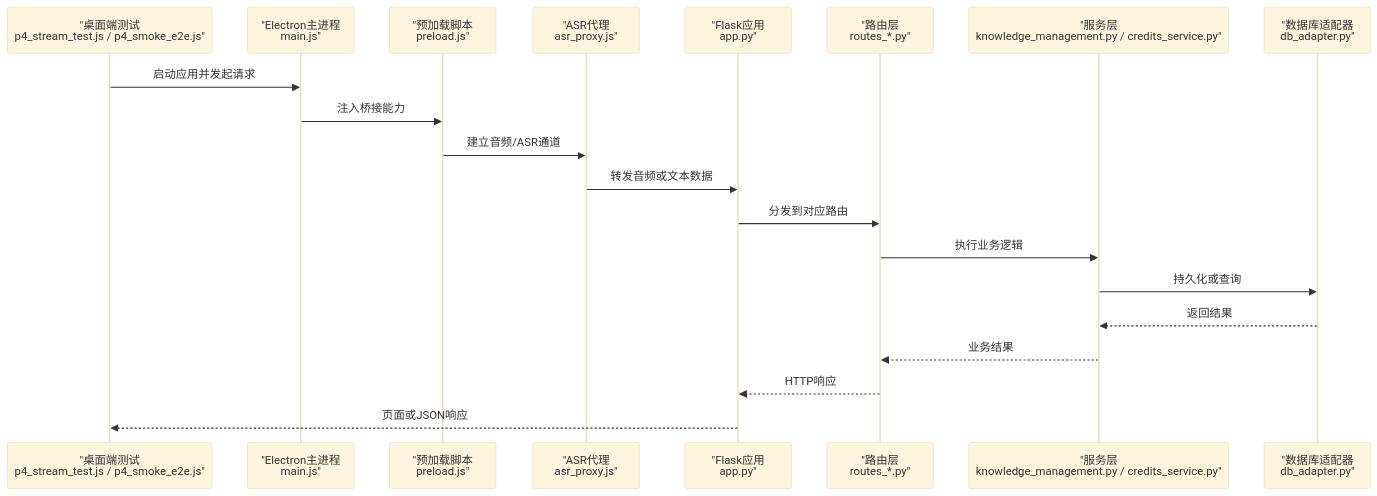
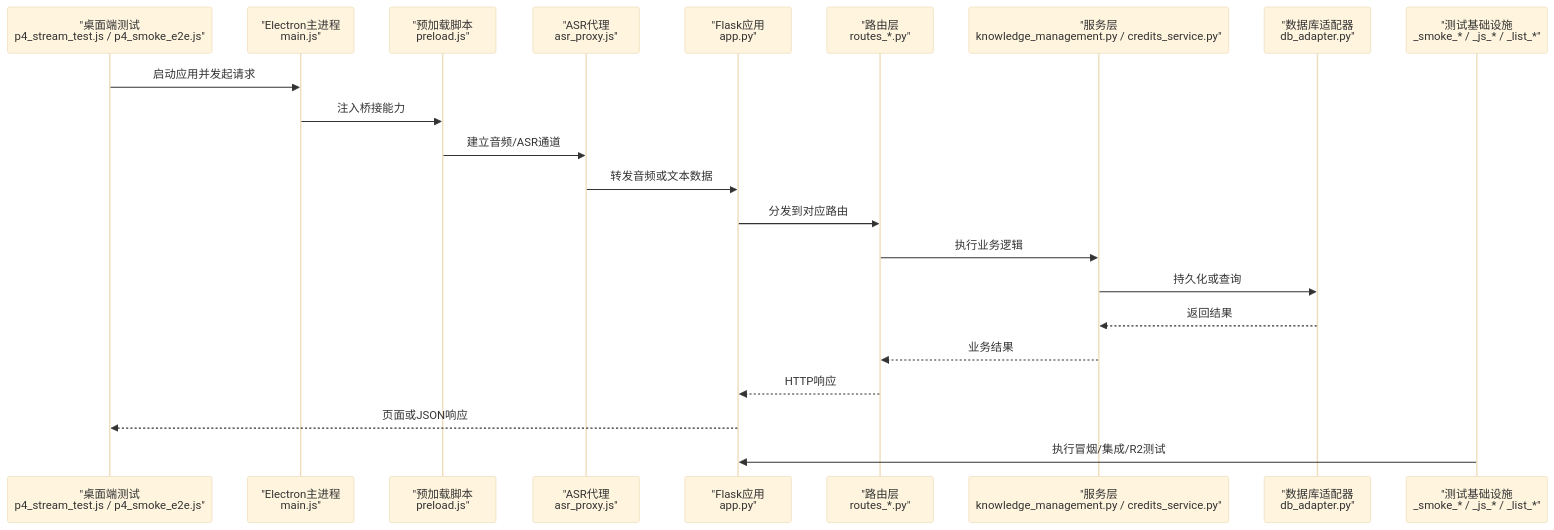
The second of 11 diagrams in .qoder/repowiki/zh/content/测试指南.md (abokyoy/LectureLearnLoop), drawn with Mermaid (base theme) before and after one commit. The commit also changed other lines of this file and 268 other files, not shown here.

````diff
--- a/.qoder/repowiki/zh/content/测试指南.md
+++ b/.qoder/repowiki/zh/content/测试指南.md
@@ -152,22 +181,24 @@
 ```mermaid
 sequenceDiagram
 participant DT as "桌面端测试<br/>p4_stream_test.js / p4_smoke_e2e.js"
 participant EM as "Electron主进程<br/>main.js"
 participant PL as "预加载脚本<br/>preload.js"
 participant ASR as "ASR代理<br/>asr_proxy.js"
 participant APP as "Flask应用<br/>app.py"
 participant RT as "路由层<br/>routes_*.py"
 participant SV as "服务层<br/>knowledge_management.py / credits_service.py"
 participant DB as "数据库适配器<br/>db_adapter.py"
+participant TINF as "测试基础设施<br/>_smoke_* / _js_* / _list_*"
 DT->>EM : 启动应用并发起请求
 EM->>PL : 注入桥接能力
 PL->>ASR : 建立音频/ASR通道
 ASR->>APP : 转发音频或文本数据
 APP->>RT : 分发到对应路由
 RT->>SV : 执行业务逻辑
 SV->>DB : 持久化或查询
 DB-->>SV : 返回结果
 SV-->>RT : 业务结果
 RT-->>APP : HTTP响应
 APP-->>DT : 页面或JSON响应
+TINF->>APP : 执行冒烟/集成/R2测试
 ```
````
